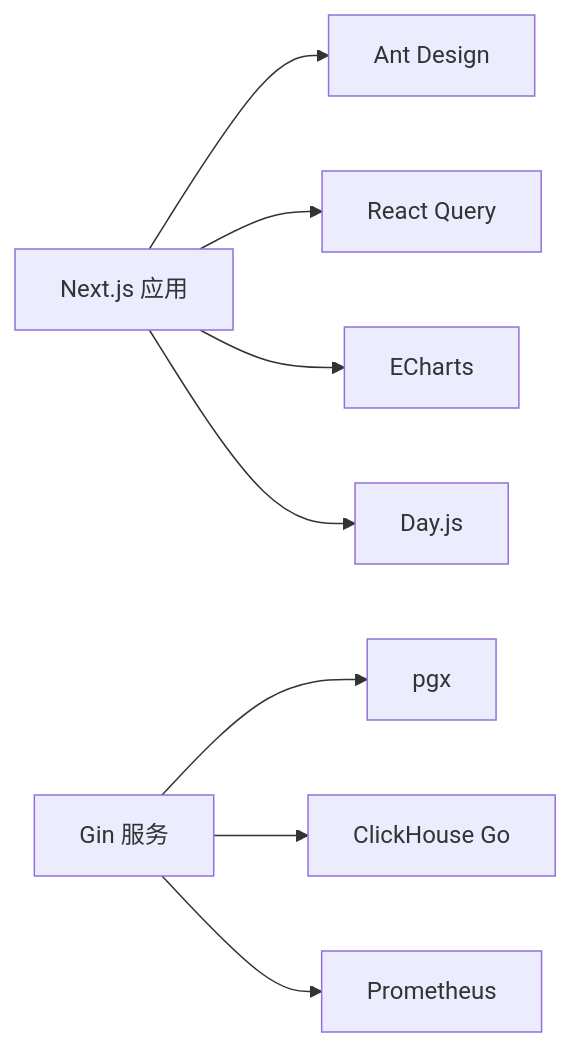
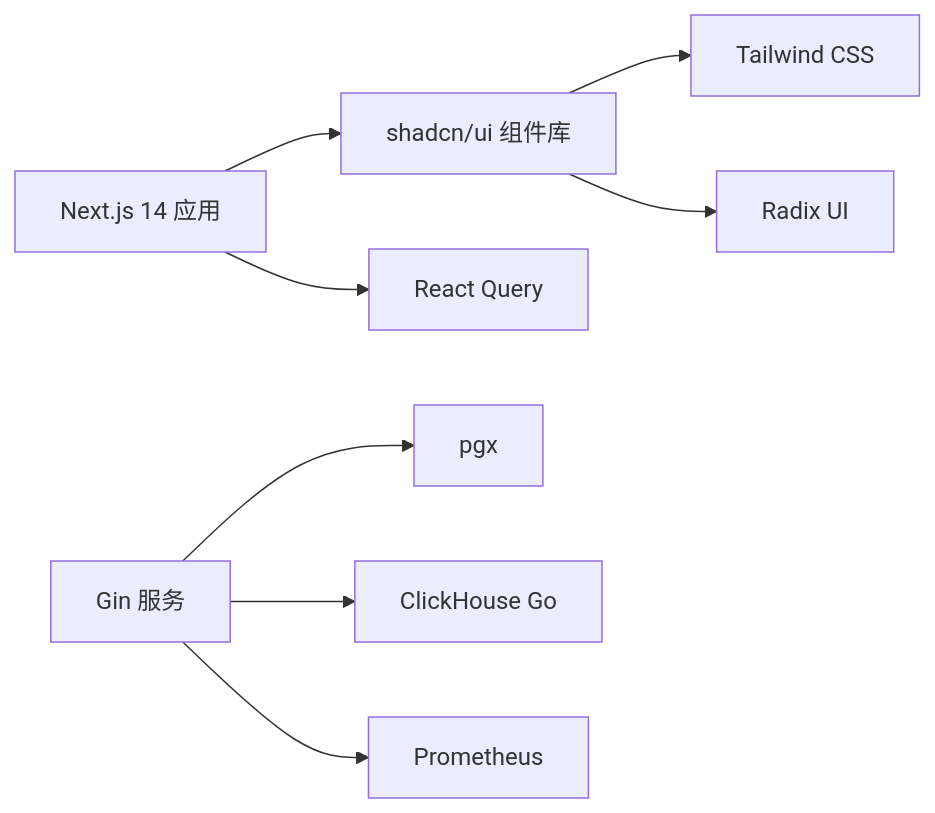
Before and after one commit to zhen-zhong/AeroLog: the ninth of 9 diagrams in .qoder/repowiki/zh/content/Web控制台/Web控制台.md, drawn with Mermaid. The commit also changed other lines of this file and 105 other files, not shown here.

````diff
--- a/.qoder/repowiki/zh/content/Web控制台/Web控制台.md
+++ b/.qoder/repowiki/zh/content/Web控制台/Web控制台.md
@@ -419,19 +452,19 @@
 ```mermaid
 graph LR
-N["Next.js 应用"]
-AD["Ant Design"]
+N["Next.js 14 应用"]
+SHAD["shadcn/ui 组件库"]
+TAIL["Tailwind CSS"]
+RADIX["Radix UI"]
 RQ["React Query"]
-EC["ECharts"]
-DJ["Day.js"]
 GIN["Gin 服务"]
 PGX["pgx"]
 CHG["ClickHouse Go"]
 PROM["Prometheus"]
-N --> AD
+N --> SHAD
+SHAD --> TAIL
+SHAD --> RADIX
 N --> RQ
-N --> EC
-N --> DJ
 GIN --> PGX
 GIN --> CHG
 GIN --> PROM
 ```
````
